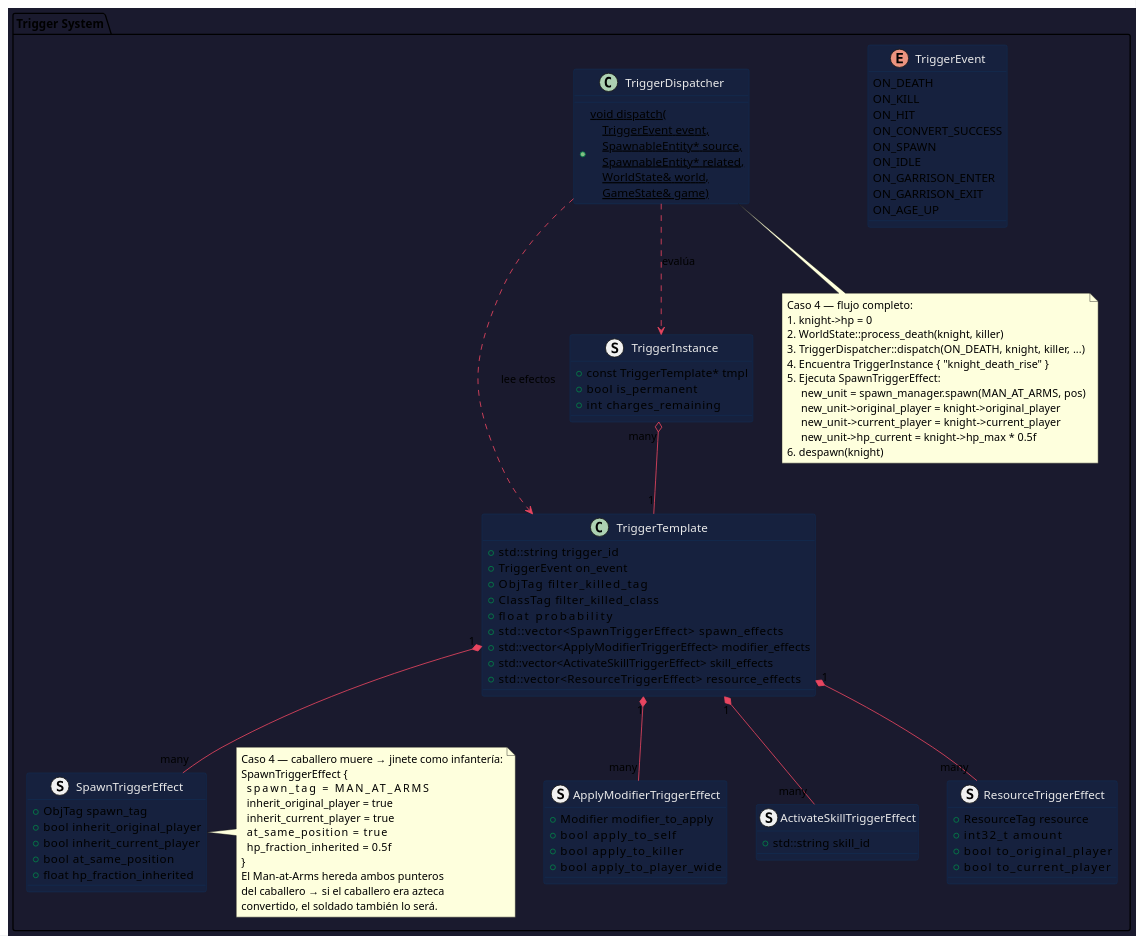
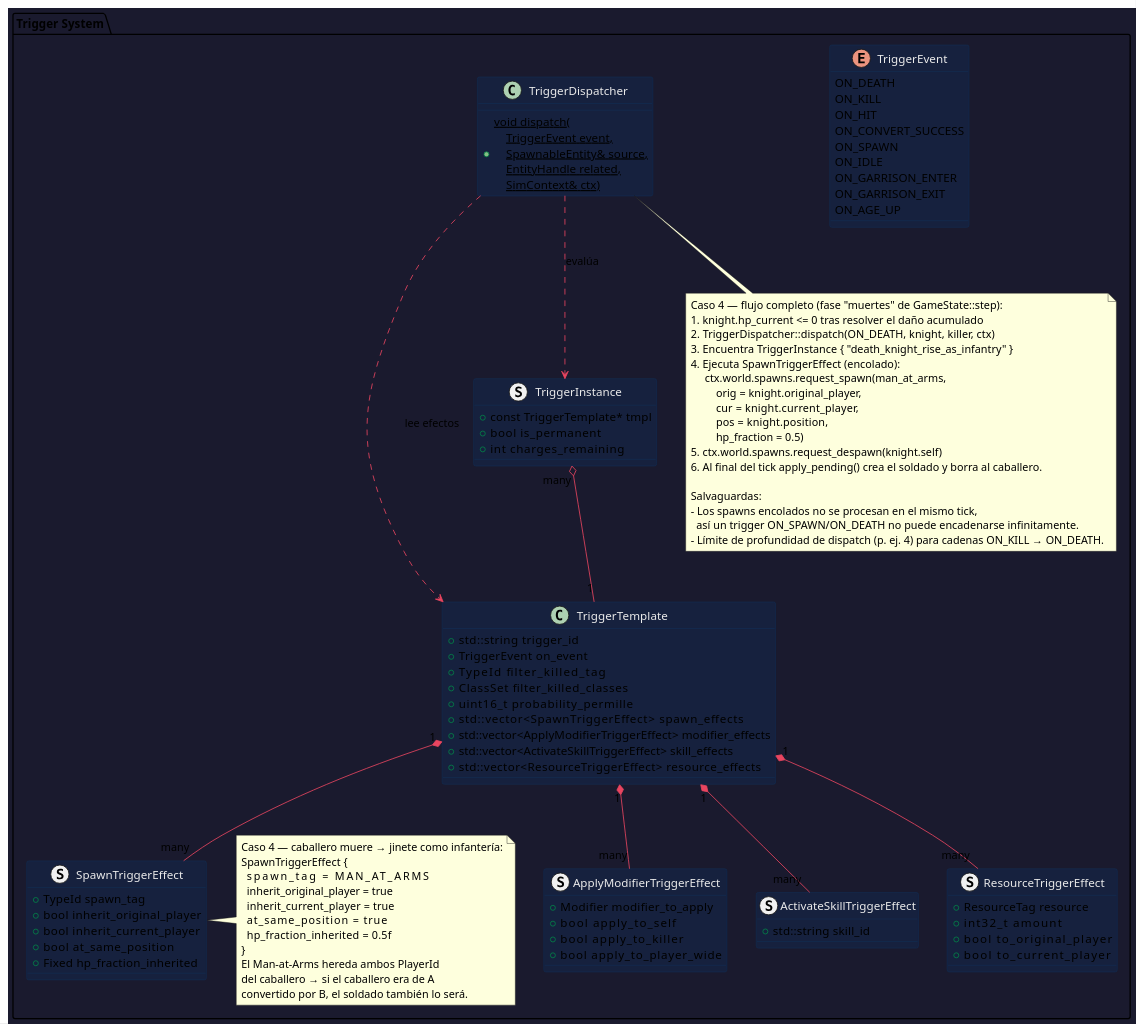
The fourth of 9 diagrams in mutability.md (imanih-code/aoe-clone), drawn with PlantUML before and after one commit. The commit also changed other lines of this file and 3 other files, not shown here.

First line of the commit message:
docs: revise design for a C++20/SFML 3 build and add roadmap

```diff
--- a/mutability.md
+++ b/mutability.md
@@ -415,7 +431,7 @@
   ' ─── Efectos que puede producir un trigger ───────────────
 
   struct SpawnTriggerEffect {
-    + ObjTag  spawn_tag
+    + TypeId  spawn_tag
     ' Qué unidad/edificio spawnear.
     + bool    inherit_original_player
     ' true = el spawneado tiene el mismo original_player
@@ -424,7 +440,7 @@
     ' true = el spawneado pertenece al current_player
     '        de la unidad que disparó el trigger.
     + bool    at_same_position
-    + float   hp_fraction_inherited
+    + Fixed   hp_fraction_inherited
     ' 0.0 = HP máximo. >0 = fracción del HP actual.
   }
 
@@ -437,9 +453,9 @@
       at_same_position        = true
       hp_fraction_inherited   = 0.5f
     }
-    El Man-at-Arms hereda ambos punteros
-    del caballero → si el caballero era azteca
-    convertido, el soldado también lo será.
+    El Man-at-Arms hereda ambos PlayerId
+    del caballero → si el caballero era de A
+    convertido por B, el soldado también lo será.
   end note
 
   struct ApplyModifierTriggerEffect {
@@ -471,12 +487,12 @@
     + std::string    trigger_id
     + TriggerEvent   on_event
     ' Cuándo dispara.
-    + ObjTag         filter_killed_tag
-    ' Solo para ON_KILL: solo dispara si mató a este ObjTag.
-    + ClassTag       filter_killed_class
+    + TypeId         filter_killed_tag
+    ' Solo para ON_KILL: solo dispara si mató a este TypeId.
+    + ClassSet       filter_killed_classes
     ' Solo para ON_KILL: solo dispara si mató a esta clase.
-    + float          probability
-    ' 1.0 = siempre. 0.5 = 50% de chance.
+    + uint16_t       probability_permille
+    ' 1000 = siempre. 500 = 50%. Se tira con ctx.rng (determinista).
     ' ─── Efectos al disparar ──────────────────────────────
     + std::vector<SpawnTriggerEffect>          spawn_effects
     + std::vector<ApplyModifierTriggerEffect>  modifier_effects
@@ -498,25 +514,32 @@
   ' ─── El despachador de triggers ─────────────────────────
 
   class TriggerDispatcher {
-    + {static} void dispatch(\n    TriggerEvent event,\n    SpawnableEntity* source,\n    SpawnableEntity* related,\n    WorldState& world,\n    GameState& game)
+    + {static} void dispatch(\n    TriggerEvent event,\n    SpawnableEntity& source,\n    EntityHandle related,\n    SimContext& ctx)
     ' Itera TriggerInstance del source,
     ' ejecuta los efectos de los que coincidan con event.
     ' related = quién lo mató (para ON_DEATH),
-    '           quién mató (para ON_KILL), etc.
+    '           a quién mató (para ON_KILL), etc.
+    ' Puede ser un handle muerto: comprobar con get().
   }
 
   note bottom of TriggerDispatcher
-    Caso 4 — flujo completo:
-    1. knight->hp = 0
-    2. WorldState::process_death(knight, killer)
-    3. TriggerDispatcher::dispatch(ON_DEATH, knight, killer, ...)
-    4. Encuentra TriggerInstance { "knight_death_rise" }
-    5. Ejecuta SpawnTriggerEffect:
-         new_unit = spawn_manager.spawn(MAN_AT_ARMS, pos)
-         new_unit->original_player = knight->original_player
-         new_unit->current_player  = knight->current_player
-         new_unit->hp_current = knight->hp_max * 0.5f
-    6. despawn(knight)
+    Caso 4 — flujo completo (fase "muertes" de GameState::step):
+    1. knight.hp_current <= 0 tras resolver el daño acumulado
+    2. TriggerDispatcher::dispatch(ON_DEATH, knight, killer, ctx)
+    3. Encuentra TriggerInstance { "death_knight_rise_as_infantry" }
+    4. Ejecuta SpawnTriggerEffect (encolado):
+         ctx.world.spawns.request_spawn(man_at_arms,
+             orig = knight.original_player,
+             cur  = knight.current_player,
+             pos  = knight.position,
+             hp_fraction = 0.5)
+    5. ctx.world.spawns.request_despawn(knight.self)
+    6. Al final del tick apply_pending() crea el soldado y borra al caballero.
+
+    Salvaguardas:
+    - Los spawns encolados no se procesan en el mismo tick,
+      así un trigger ON_SPAWN/ON_DEATH no puede encadenarse infinitamente.
+    - Límite de profundidad de dispatch (p. ej. 4) para cadenas ON_KILL → ON_DEATH.
   end note
 
   TriggerTemplate "1" *-- "many" SpawnTriggerEffect
```
